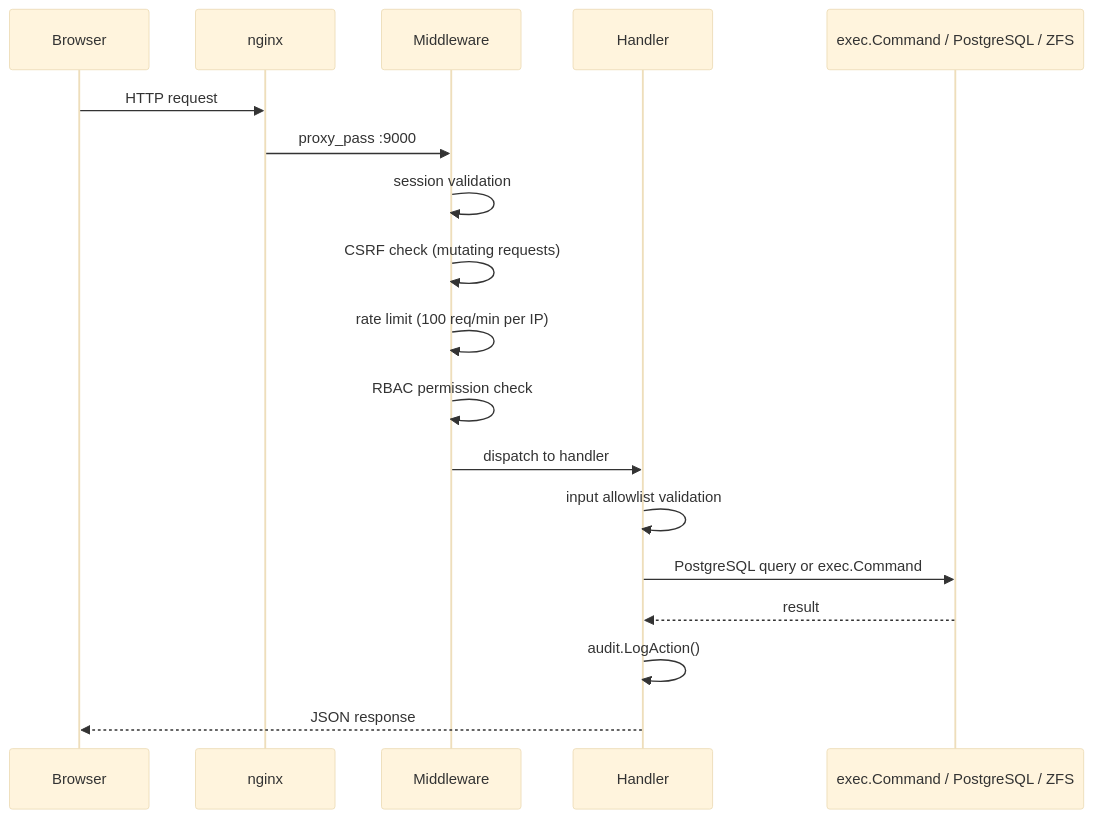
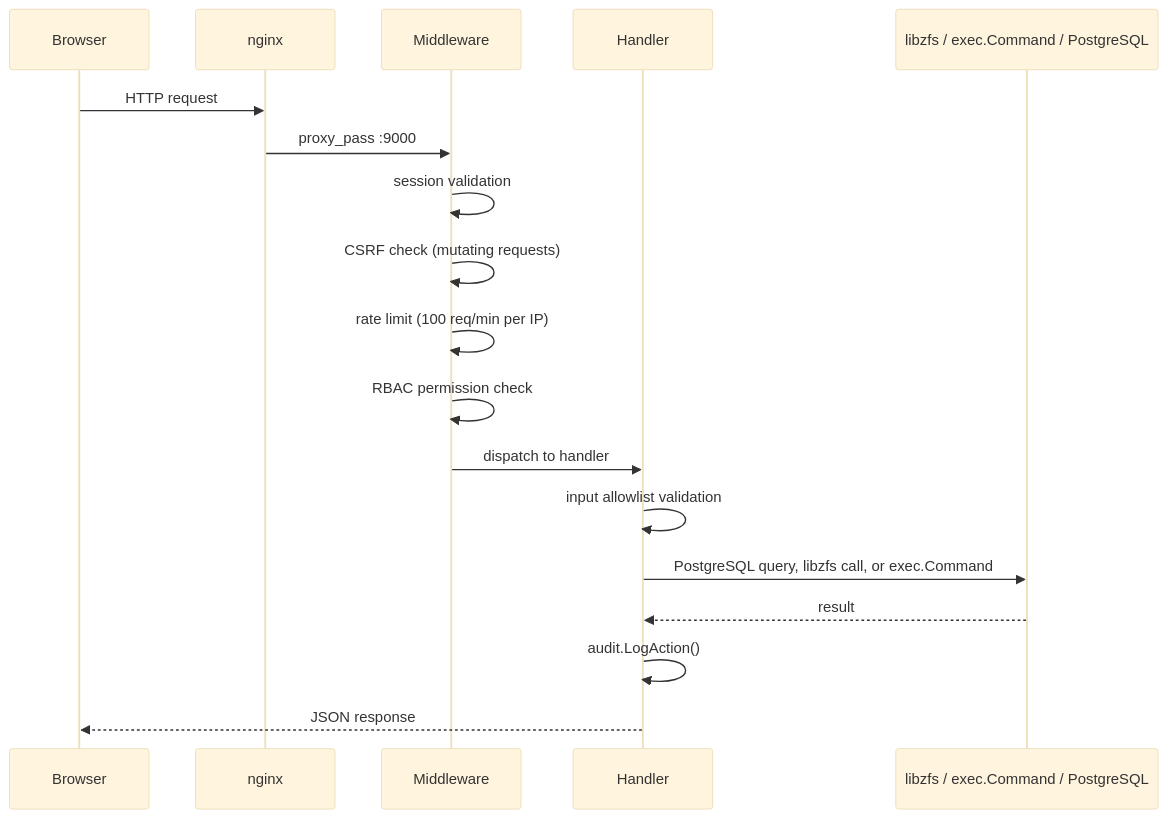
One commit to 4nonX/DPlaneOS changed the third of 6 diagrams in docs/development/CODEBASE-DIAGRAM.md. Above: the diagram before and after it, drawn with Mermaid. The commit also changed other lines of this file and 6 other files, not shown here.

````diff
--- a/docs/development/CODEBASE-DIAGRAM.md
+++ b/docs/development/CODEBASE-DIAGRAM.md
@@ -81,22 +101,22 @@
 ```mermaid
 %%{init: {'theme':'base'}}%%
 sequenceDiagram
     participant B as Browser
     participant N as nginx
     participant M as Middleware
     participant H as Handler
-    participant C as exec.Command / PostgreSQL / ZFS
+    participant C as libzfs / exec.Command / PostgreSQL
 
     B->>N: HTTP request
     N->>M: proxy_pass :9000
     M->>M: session validation
     M->>M: CSRF check (mutating requests)
     M->>M: rate limit (100 req/min per IP)
     M->>M: RBAC permission check
     M->>H: dispatch to handler
     H->>H: input allowlist validation
-    H->>C: PostgreSQL query or exec.Command
+    H->>C: PostgreSQL query, libzfs call, or exec.Command
     C-->>H: result
     H->>H: audit.LogAction()
     H-->>B: JSON response
 ```
````
